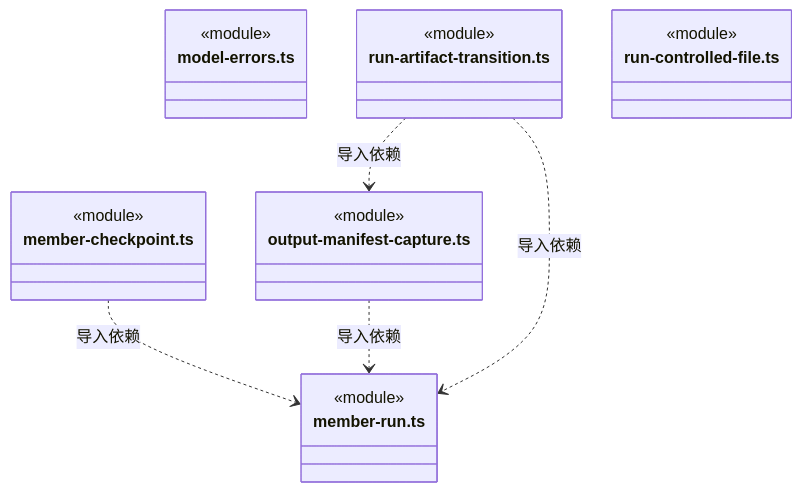
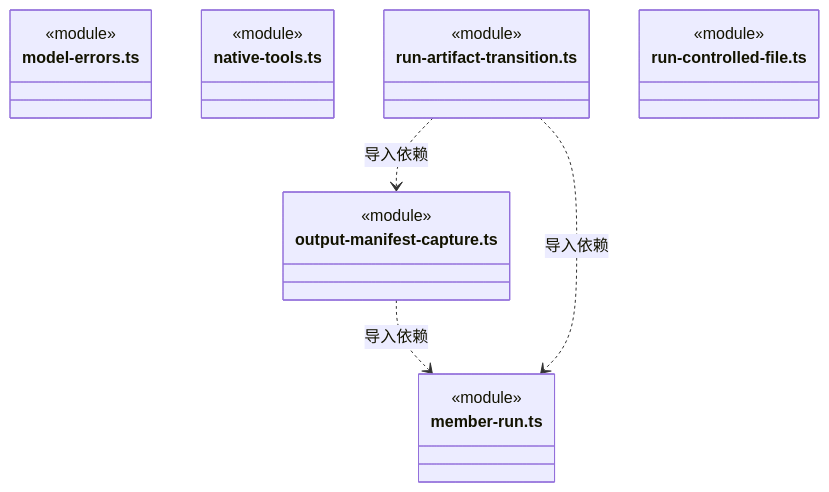
One commit to nan023062/cbim changed the third of 17 diagrams in src/backend/core/brain/ARCHITECTURE.md. Above: the diagram before and after it, drawn with Mermaid. The commit also changed other lines of this file and 216 other files, not shown here.

````diff
--- a/src/backend/core/brain/ARCHITECTURE.md
+++ b/src/backend/core/brain/ARCHITECTURE.md
@@ -60,25 +85,24 @@
 ```mermaid
 classDiagram
-class N_src_backend_core_brain_member_checkpoint_ts["member-checkpoint.ts"] {
-  <<module>>
-}
 class N_src_backend_core_brain_member_run_ts["member-run.ts"] {
   <<module>>
 }
 class N_src_backend_core_brain_model_errors_ts["model-errors.ts"] {
+  <<module>>
+}
+class N_src_backend_core_brain_native_tools_ts["native-tools.ts"] {
   <<module>>
 }
 class N_src_backend_core_brain_output_manifest_capture_ts["output-manifest-capture.ts"] {
   <<module>>
 }
 class N_src_backend_core_brain_run_artifact_transition_ts["run-artifact-transition.ts"] {
   <<module>>
 }
 class N_src_backend_core_brain_run_controlled_file_ts["run-controlled-file.ts"] {
   <<module>>
 }
-N_src_backend_core_brain_member_checkpoint_ts ..> N_src_backend_core_brain_member_run_ts : 导入依赖
 N_src_backend_core_brain_output_manifest_capture_ts ..> N_src_backend_core_brain_member_run_ts : 导入依赖
 N_src_backend_core_brain_run_artifact_transition_ts ..> N_src_backend_core_brain_output_manifest_capture_ts : 导入依赖
 N_src_backend_core_brain_run_artifact_transition_ts ..> N_src_backend_core_brain_member_run_ts : 导入依赖
 ```
````
